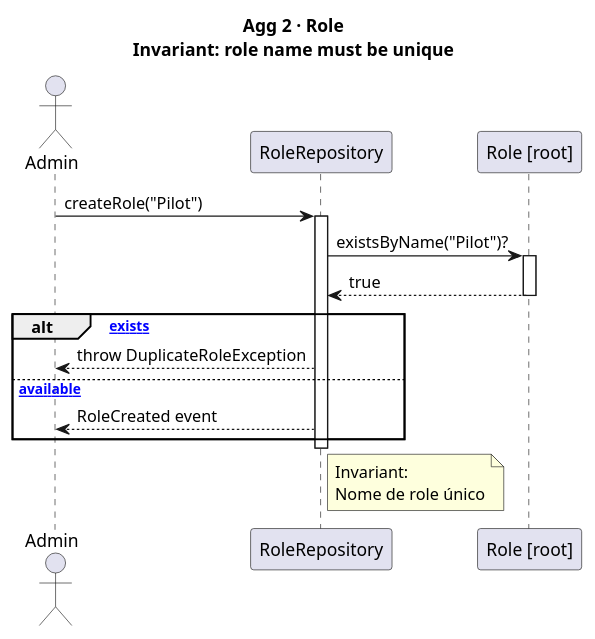
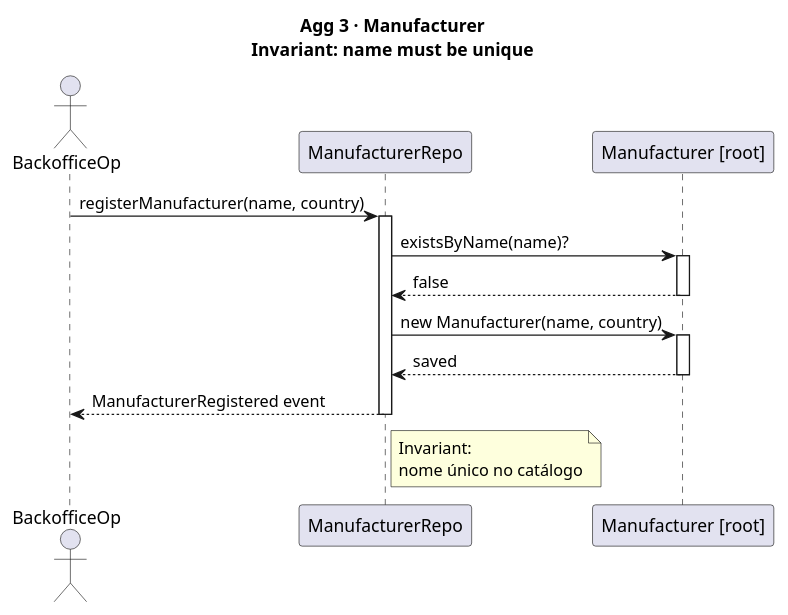
The diagram in docs/Agg02.puml (DuartePinto1240/sem4pi2526-sem4pi2526_2da2), drawn with PlantUML before and after one commit. The commit also changed 12 other files, not shown here.

```diff
--- a/docs/Agg02.puml
+++ b/docs/Agg02.puml
@@ -1,29 +1,29 @@
-@startuml US011_Agg02_Role
-title Agg 2 · Role\nInvariant: role name must be unique
+@startuml US011_Agg03_Manufacturer
+title Agg 3 · Manufacturer\nInvariant: name must be unique
 
-actor Admin
-participant "RoleRepository" as Repo
-participant "Role [root]" as Role
+actor "BackofficeOp" as Op
+participant "ManufacturerRepo" as Repo
+participant "Manufacturer [root]" as Mfr
 
-Admin -> Repo : createRole("Pilot")
+Op -> Repo : registerManufacturer(name, country)
 activate Repo
 
-Repo -> Role : existsByName("Pilot")?
-activate Role
-Role --> Repo : true
-deactivate Role
+Repo -> Mfr : existsByName(name)?
+activate Mfr
+Mfr --> Repo : false
+deactivate Mfr
 
-alt [name exists]
-    Repo --> Admin : throw DuplicateRoleException
-else [name available]
-    Repo --> Admin : RoleCreated event
-end
+Repo -> Mfr : new Manufacturer(name, country)
+activate Mfr
+Mfr --> Repo : saved
+deactivate Mfr
 
+Repo --> Op : ManufacturerRegistered event
 deactivate Repo
 
 note right of Repo
   Invariant:
-  Nome de role único
+  nome único no catálogo
 end note
 
 @enduml
```
